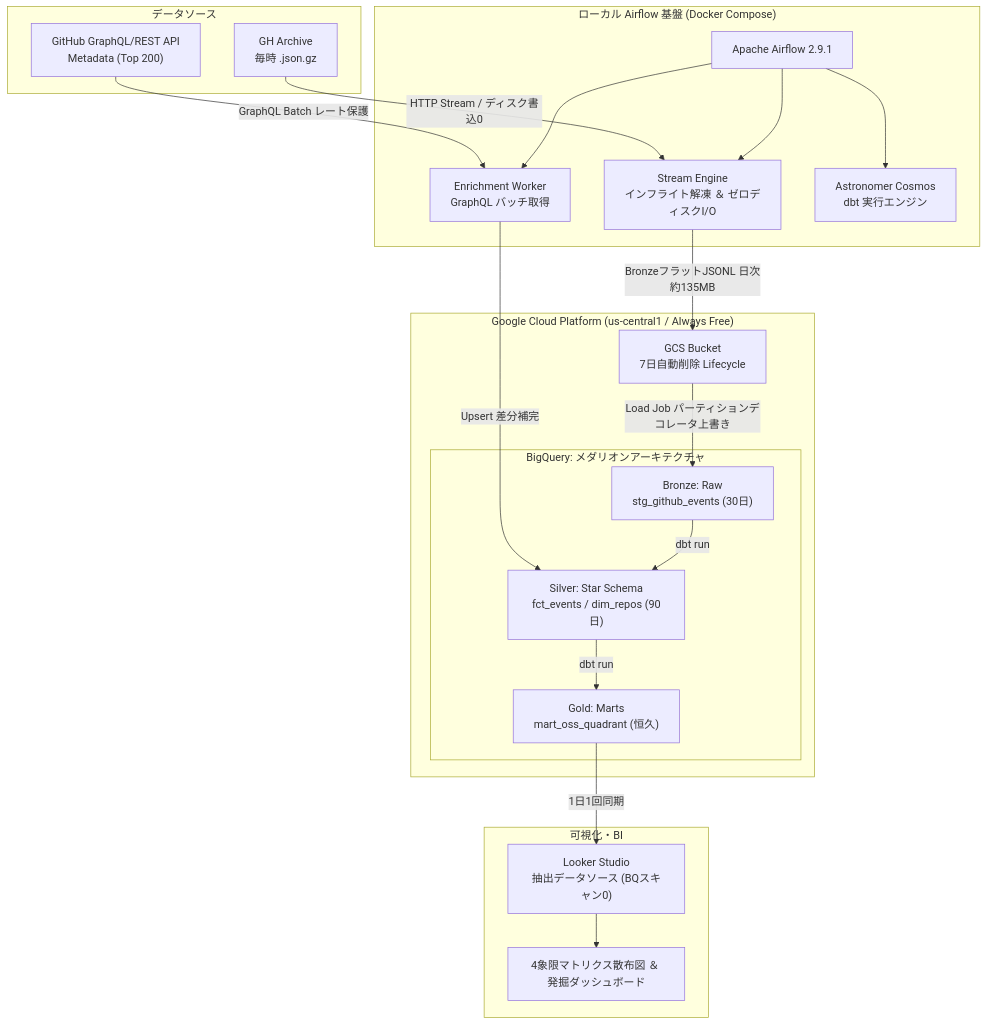
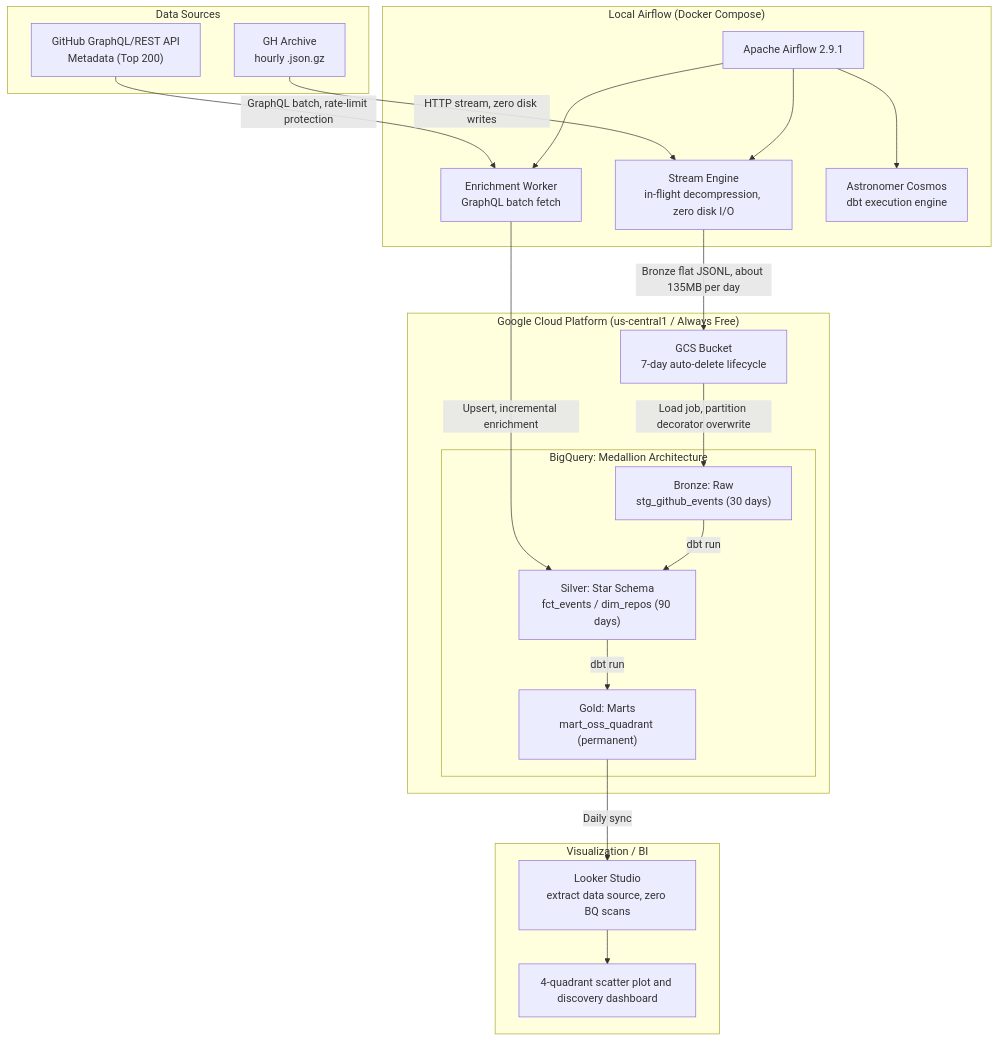
Before and after one commit to xzyozi/gh-archive-lakehouse: the diagram in README.md, drawn with Mermaid. The commit also changed other lines of this file and 1 other file, not shown here.

````diff
--- a/README.md
+++ b/README.md
@@ -11,43 +13,43 @@
 ```mermaid
 flowchart TD
-    subgraph Source ["データソース"]
-        GHA["GH Archive<br/>毎時 .json.gz"]
+    subgraph Source ["Data Sources"]
+        GHA["GH Archive<br/>hourly .json.gz"]
         GHAPI["GitHub GraphQL/REST API<br/>Metadata (Top 200)"]
     end
 
-    subgraph Pipeline ["ローカル Airflow 基盤 (Docker Compose)"]
+    subgraph Pipeline ["Local Airflow (Docker Compose)"]
         Airflow["Apache Airflow 2.9.1"]
-        StreamEngine["Stream Engine<br/>インフライト解凍 ＆ ゼロディスクI/O"]
-        EnrichTask["Enrichment Worker<br/>GraphQL バッチ取得"]
-        Cosmos["Astronomer Cosmos<br/>dbt 実行エンジン"]
+        StreamEngine["Stream Engine<br/>in-flight decompression, zero disk I/O"]
+        EnrichTask["Enrichment Worker<br/>GraphQL batch fetch"]
+        Cosmos["Astronomer Cosmos<br/>dbt execution engine"]
 
         Airflow --> StreamEngine
         Airflow --> EnrichTask
         Airflow --> Cosmos
     end
 
     subgraph GCP ["Google Cloud Platform (us-central1 / Always Free)"]
-        GCS["GCS Bucket<br/>7日自動削除 Lifecycle"]
+        GCS["GCS Bucket<br/>7-day auto-delete lifecycle"]
 
-        subgraph BigQuery ["BigQuery: メダリオンアーキテクチャ"]
-            Bronze["Bronze: Raw<br/>stg_github_events (30日)"]
-            Silver["Silver: Star Schema<br/>fct_events / dim_repos (90日)"]
-            Gold["Gold: Marts<br/>mart_oss_quadrant (恒久)"]
+        subgraph BigQuery ["BigQuery: Medallion Architecture"]
+            Bronze["Bronze: Raw<br/>stg_github_events (30 days)"]
+            Silver["Silver: Star Schema<br/>fct_events / dim_repos (90 days)"]
+            Gold["Gold: Marts<br/>mart_oss_quadrant (permanent)"]
         end
     end
 
-    subgraph Visualization ["可視化・BI"]
-        Looker["Looker Studio<br/>抽出データソース (BQスキャン0)"]
-        Dashboard["4象限マトリクス散布図 ＆ 発掘ダッシュボード"]
+    subgraph Visualization ["Visualization / BI"]
+        Looker["Looker Studio<br/>extract data source, zero BQ scans"]
+        Dashboard["4-quadrant scatter plot and discovery dashboard"]
         Looker --> Dashboard
     end
 
-    GHA -->|HTTP Stream / ディスク書込0| StreamEngine
-    StreamEngine -->|BronzeフラットJSONL 日次約135MB| GCS
-    GCS -->|Load Job パーティションデコレータ上書き| Bronze
+    GHA -->|HTTP stream, zero disk writes| StreamEngine
+    StreamEngine -->|Bronze flat JSONL, about 135MB per day| GCS
+    GCS -->|Load job, partition decorator overwrite| Bronze
     Bronze -->|dbt run| Silver
     Silver -->|dbt run| Gold
-    EnrichTask -->|Upsert 差分補完| Silver
-    GHAPI -->|GraphQL Batch レート保護| EnrichTask
-    Gold -->|1日1回同期| Looker
+    EnrichTask -->|Upsert, incremental enrichment| Silver
+    GHAPI -->|GraphQL batch, rate-limit protection| EnrichTask
+    Gold -->|Daily sync| Looker
 ```
````
